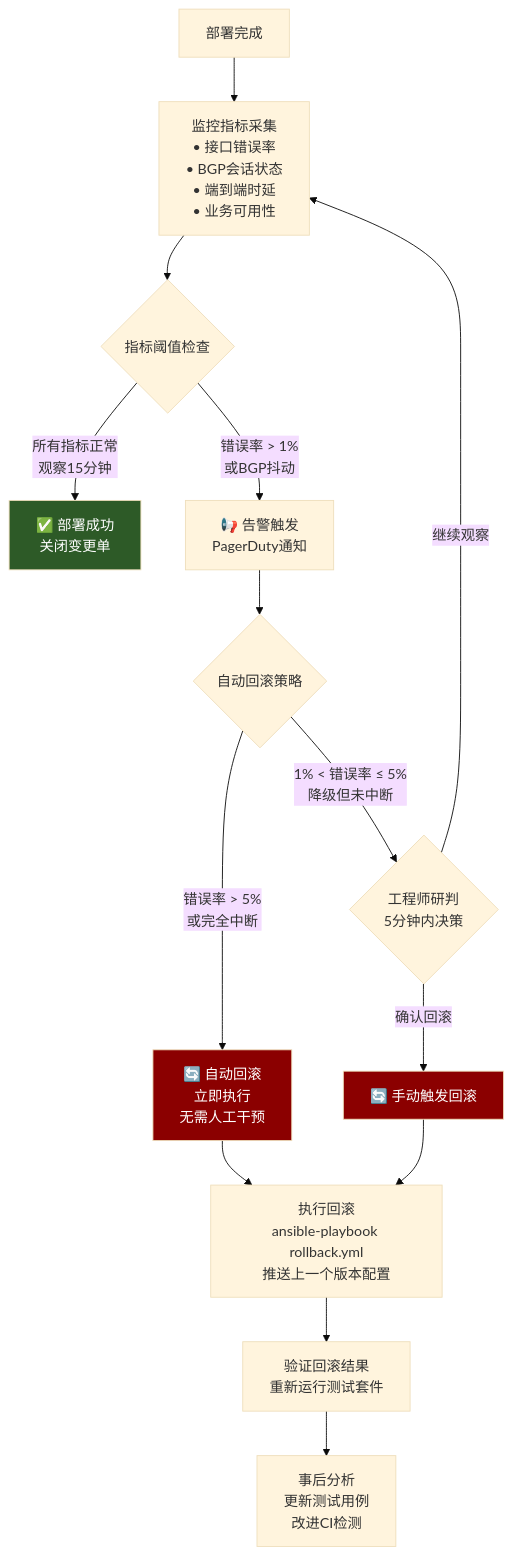
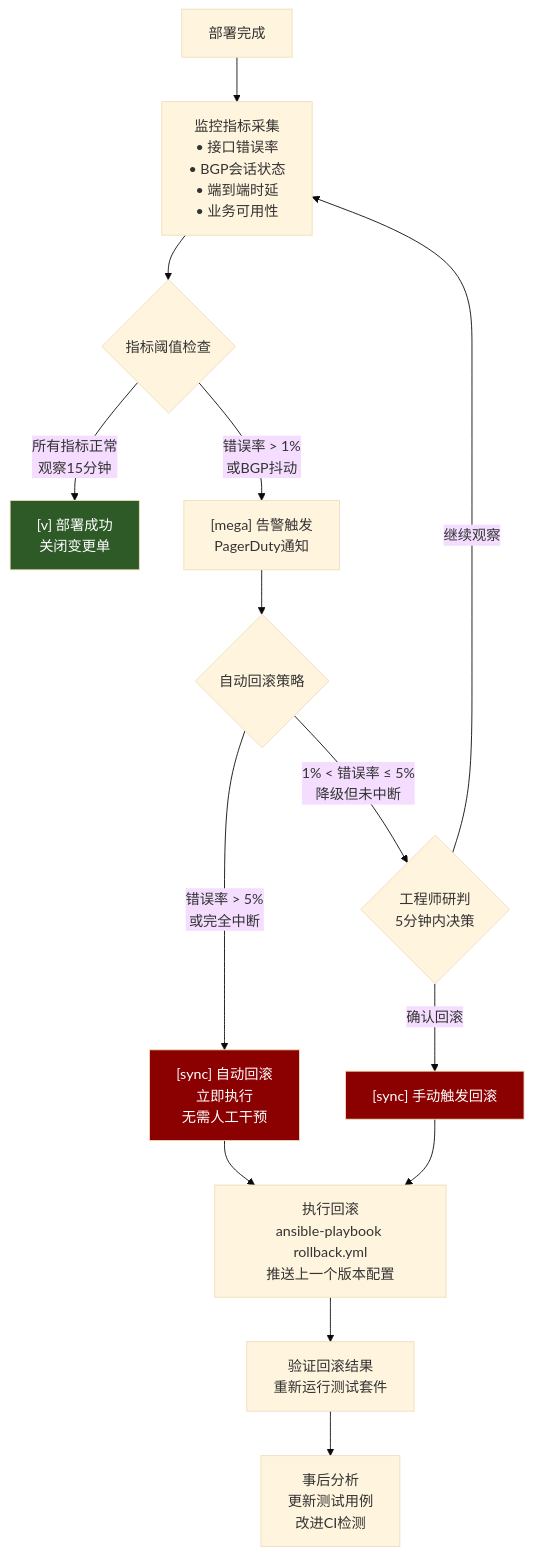
Before and after one commit to SKT-Shurima/NetworkMastery: the fourth of 4 diagrams in docs/guide/automation/network-cicd.md, drawn with Mermaid (base theme). The commit also changed other lines of this file and 54 other files, not shown here.

````diff
--- a/docs/guide/automation/network-cicd.md
+++ b/docs/guide/automation/network-cicd.md
@@ -598,29 +598,29 @@
 ```mermaid
 flowchart TD
     DEPLOY["部署完成"] --> MONITOR["监控指标采集\n• 接口错误率\n• BGP会话状态\n• 端到端时延\n• 业务可用性"]
     
     MONITOR --> CHECK{"指标阈值检查"}
     
-    CHECK -->|"所有指标正常\n观察15分钟"| SUCCESS["✅ 部署成功\n关闭变更单"]
+    CHECK -->|"所有指标正常\n观察15分钟"| SUCCESS["[v] 部署成功\n关闭变更单"]
     
-    CHECK -->|"错误率 > 1%\n或BGP抖动"| ALERT["📢 告警触发\nPagerDuty通知"]
+    CHECK -->|"错误率 > 1%\n或BGP抖动"| ALERT["[mega] 告警触发\nPagerDuty通知"]
     
     ALERT --> AUTO_DECISION{"自动回滚策略"}
     
-    AUTO_DECISION -->|"错误率 > 5%\n或完全中断"| AUTO_ROLLBACK["🔄 自动回滚\n立即执行\n无需人工干预"]
+    AUTO_DECISION -->|"错误率 > 5%\n或完全中断"| AUTO_ROLLBACK["[sync] 自动回滚\n立即执行\n无需人工干预"]
     
     AUTO_DECISION -->|"1% < 错误率 ≤ 5%\n降级但未中断"| HUMAN{"工程师研判\n5分钟内决策"}
     
-    HUMAN -->|确认回滚| MANUAL_ROLLBACK["🔄 手动触发回滚"]
+    HUMAN -->|确认回滚| MANUAL_ROLLBACK["[sync] 手动触发回滚"]
     HUMAN -->|继续观察| MONITOR
     
     AUTO_ROLLBACK --> ROLLBACK_EXEC["执行回滚\nansible-playbook rollback.yml\n推送上一个版本配置"]
     MANUAL_ROLLBACK --> ROLLBACK_EXEC
     
     ROLLBACK_EXEC --> VERIFY_ROLLBACK["验证回滚结果\n重新运行测试套件"]
     VERIFY_ROLLBACK --> POST_MORTEM["事后分析\n更新测试用例\n改进CI检测"]
 
     style AUTO_ROLLBACK fill:#8b0000,color:#fff
     style MANUAL_ROLLBACK fill:#8b0000,color:#fff
     style SUCCESS fill:#2d5a27,color:#fff
 ```
````
